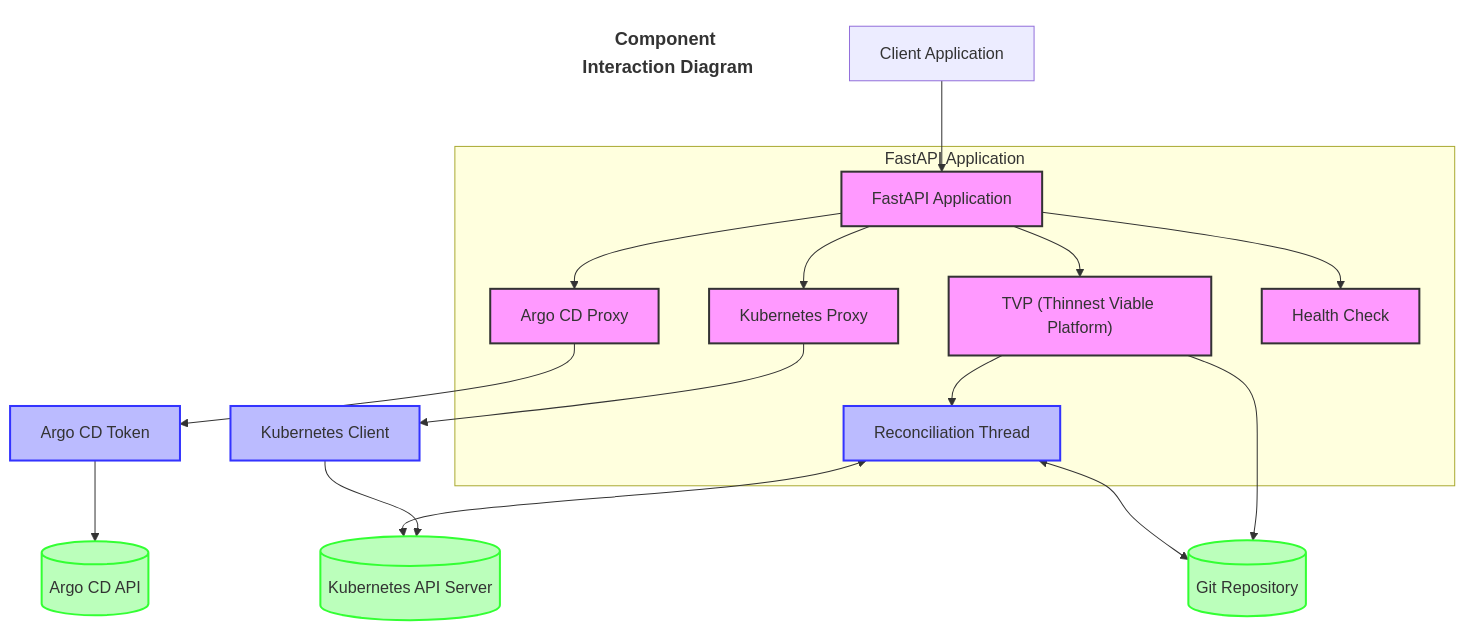
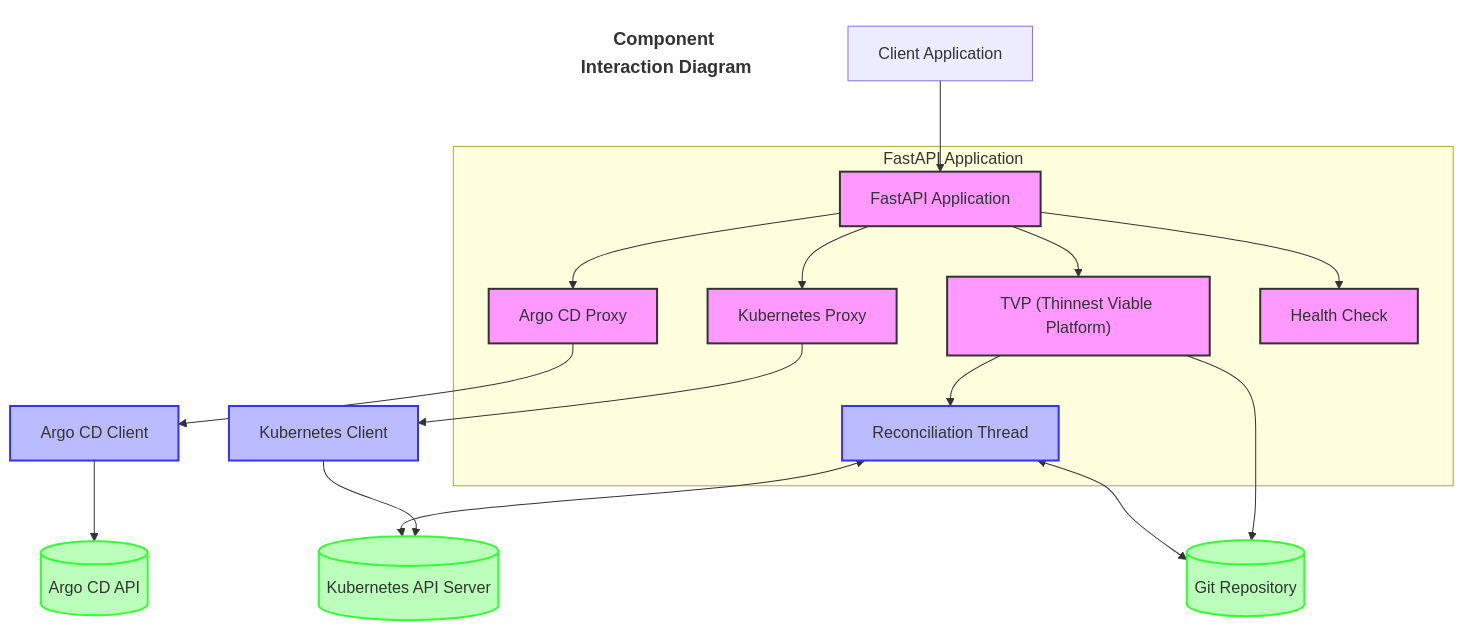
The diagram in fastapi/mermaid/component-diagram.mermaid (lloydchang/tvp-k8s), drawn with Mermaid before and after one commit.

```diff
--- a/fastapi/mermaid/component-diagram.mermaid
+++ b/fastapi/mermaid/component-diagram.mermaid
@@ -1,29 +1,29 @@
 flowchart TB
     title[Component Interaction Diagram]
     style title fill:none,stroke:none,font-size:18px,font-weight:bold
     Client[Client Application] --> API[FastAPI Application]
     
     subgraph "FastAPI Application"
         API --> KR[Kubernetes Proxy]
         API --> AR[Argo CD Proxy]
         API --> TR["TVP (Thinnest Viable Platform)"]
         API --> Health[Health Check]
         TR --> RT[Reconciliation Thread]
     end
     
     KR --> KC[Kubernetes Client]
-    AR --> AT[Argo CD Token]
+    AR --> AT[Argo CD Client]
     TR --> GitRepo[(Git Repository)]
     
     KC --> Kubernetes[(Kubernetes API Server)]
     AT --> ArgoCD[(Argo CD API)]
     RT <--> GitRepo
     RT <--> Kubernetes
     
     classDef component fill:#f9f,stroke:#333,stroke-width:2px
     classDef api fill:#bbf,stroke:#33f,stroke-width:2px
     classDef external fill:#bfb,stroke:#3f3,stroke-width:2px
     
     class API,KR,AR,TR,Health component
     class KC,AT,RT api
     class Kubernetes,ArgoCD,GitRepo external
```
